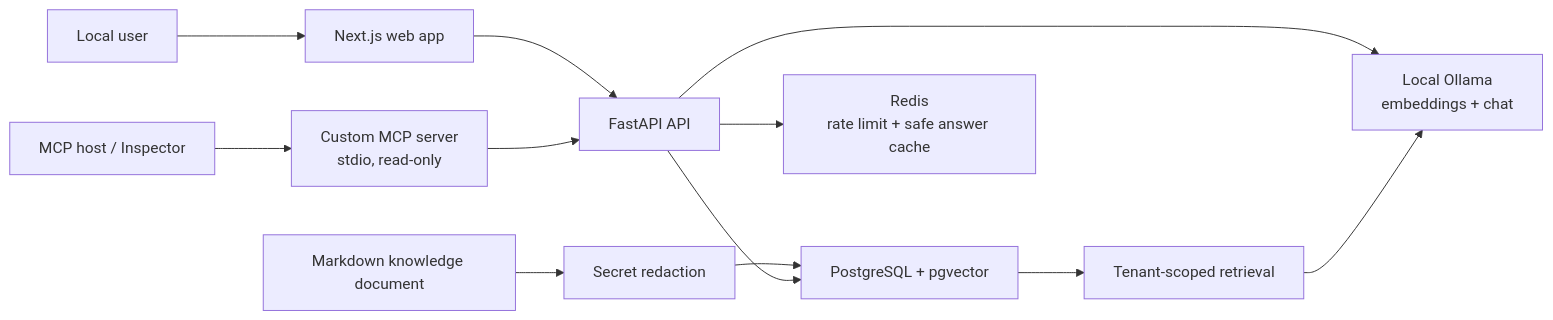
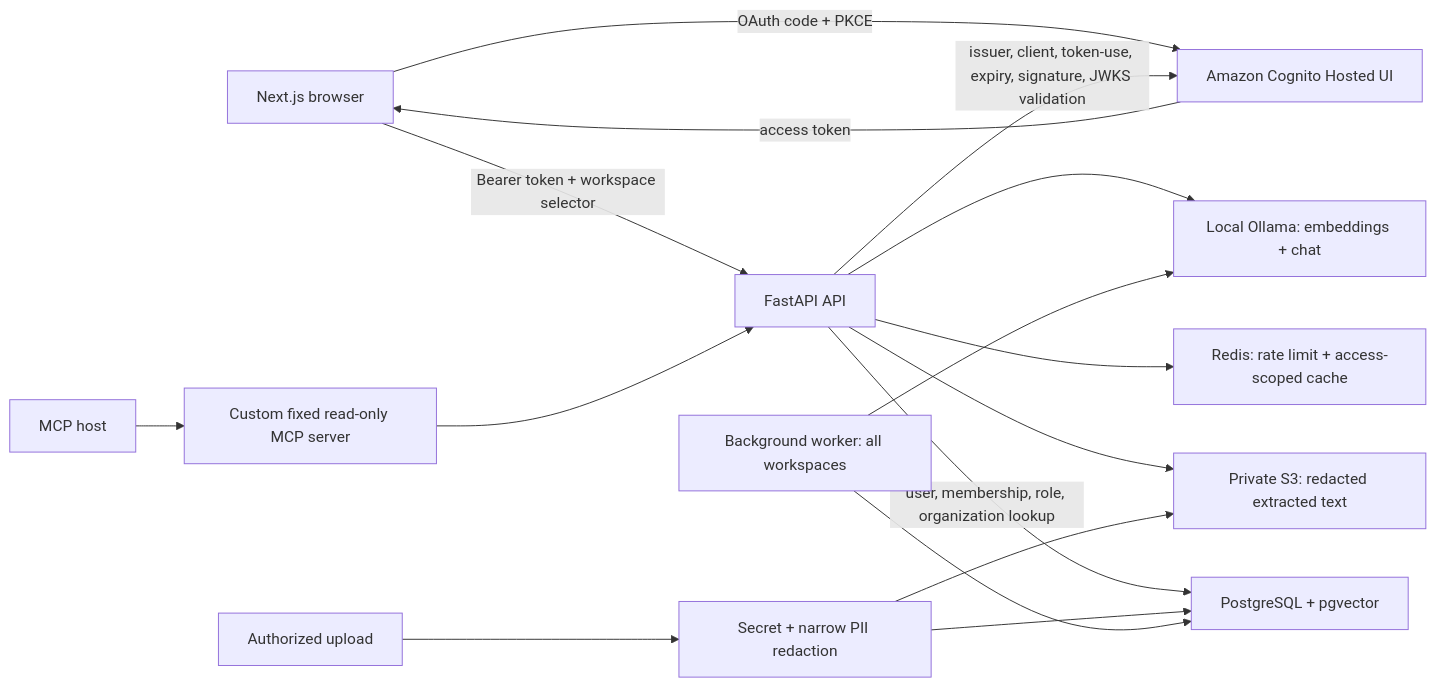
The diagram in docs/security/threat-model-v1.md (Shruti9756/secure-cloudops-copilot), drawn with Mermaid before and after one commit. The commit also changed other lines of this file and 1 other file, not shown here.

Commit message:
docs: update V0.2 security architecture

````diff
--- a/docs/security/threat-model-v1.md
+++ b/docs/security/threat-model-v1.md
@@ -21,18 +24,21 @@
-```mermaid
+~~~mermaid
 flowchart LR
-    User["Local user"] --> Web["Next.js web app"]
-    Web --> API["FastAPI API"]
+    Browser["Next.js browser"] -->|OAuth code + PKCE| Cognito["Amazon Cognito Hosted UI"]
+    Cognito -->|access token| Browser
+    Browser -->|Bearer token + workspace selector| API["FastAPI API"]
 
-    Markdown["Markdown knowledge document"] --> Redaction["Secret redaction"]
-    Redaction --> Database["PostgreSQL + pgvector"]
+    API -->|issuer, client, token-use, expiry, signature, JWKS validation| Cognito
+    API -->|user, membership, role, organization lookup| Database["PostgreSQL + pgvector"]
+    API --> Redis["Redis: rate limit + access-scoped cache"]
+    API --> Ollama["Local Ollama: embeddings + chat"]
+    API --> S3["Private S3: redacted extracted text"]
 
-    API --> Redis["Redis\nrate limit + safe answer cache"]
-    API --> Database
-    API --> Ollama["Local Ollama\nembeddings + chat"]
+    Upload["Authorized upload"] --> Redaction["Secret + narrow PII redaction"]
+    Redaction --> Database
+    Redaction --> S3
+    Worker["Background worker: all workspaces"] --> Database
+    Worker --> Ollama
 
-    MCPHost["MCP host / Inspector"] --> MCP["Custom MCP server\nstdio, read-only"]
+    MCPHost["MCP host"] --> MCP["Custom fixed read-only MCP server"]
     MCP --> API
-
-    Database --> Retrieval["Tenant-scoped retrieval"]
-    Retrieval --> Ollama
-```
+~~~
````
